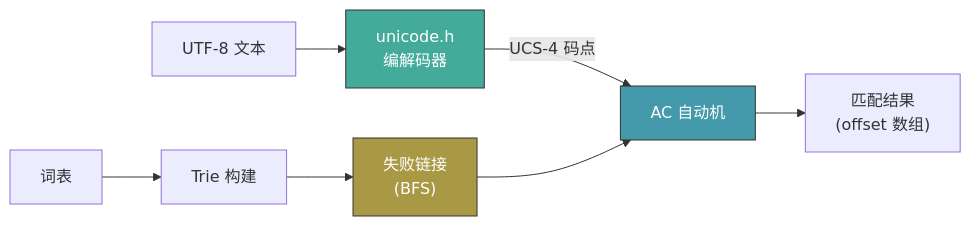
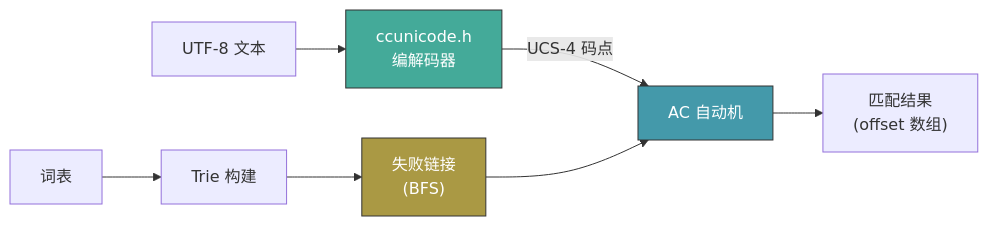
One commit to CandyMi/ccac changed the first of 5 diagrams in docs/ac-diagrams.md. Above: the diagram before and after it, drawn with Mermaid. The commit also changed other lines of this file and 8 other files, not shown here.

First line of the commit message:
replace unicode.h with ccalg's ccunicode.h

````diff
--- a/docs/ac-diagrams.md
+++ b/docs/ac-diagrams.md
@@ -5,13 +5,13 @@
 ```mermaid
 flowchart LR
-    A["UTF-8 文本"] --> B["unicode.h<br/>编解码器"]
+    A["UTF-8 文本"] --> B["ccunicode.h<br/>编解码器"]
     B -->|"UCS-4 码点"| C["AC 自动机"]
     D["词表"] --> E["Trie 构建"]
     E --> F["失败链接<br/>(BFS)"]
     F --> C
     C --> G["匹配结果<br/>(offset 数组)"]
 
     style B fill:#4a9,stroke:#333,color:#fff
     style C fill:#49a,stroke:#333,color:#fff
     style F fill:#a94,stroke:#333,color:#fff
 ```
````
